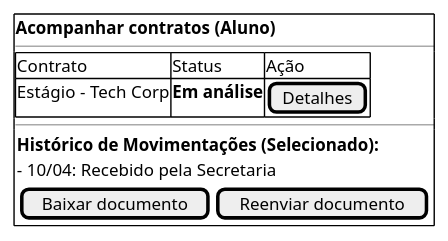
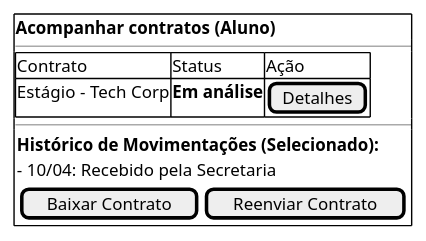
The diagram in docs/assets/Diagramas/src/acompanhar_contrato_aluno.puml (Projetos-de-Extensao/PBE_26.1_8002_III), drawn with PlantUML before and after one commit. The commit also changed 4 other files, not shown here.

```diff
--- a/docs/assets/Diagramas/src/acompanhar_contrato_aluno.puml
+++ b/docs/assets/Diagramas/src/acompanhar_contrato_aluno.puml
@@ -1,19 +1,19 @@
 @startsalt
 {+
     **Acompanhar contratos (Aluno)**
     --
     {#
        Contrato | Status | Ação
        Estágio - Tech Corp | **Em análise** | [Detalhes]
     }
     --
     {
       **Histórico de Movimentações (Selecionado):**
       - 10/04: Recebido pela Secretaria
-      { [Baixar documento] | [Reenviar documento] } 
+      { [Baixar Contrato] | [Reenviar Contrato] } 
     }
   }
 }
 
 
 @endsalt
```
